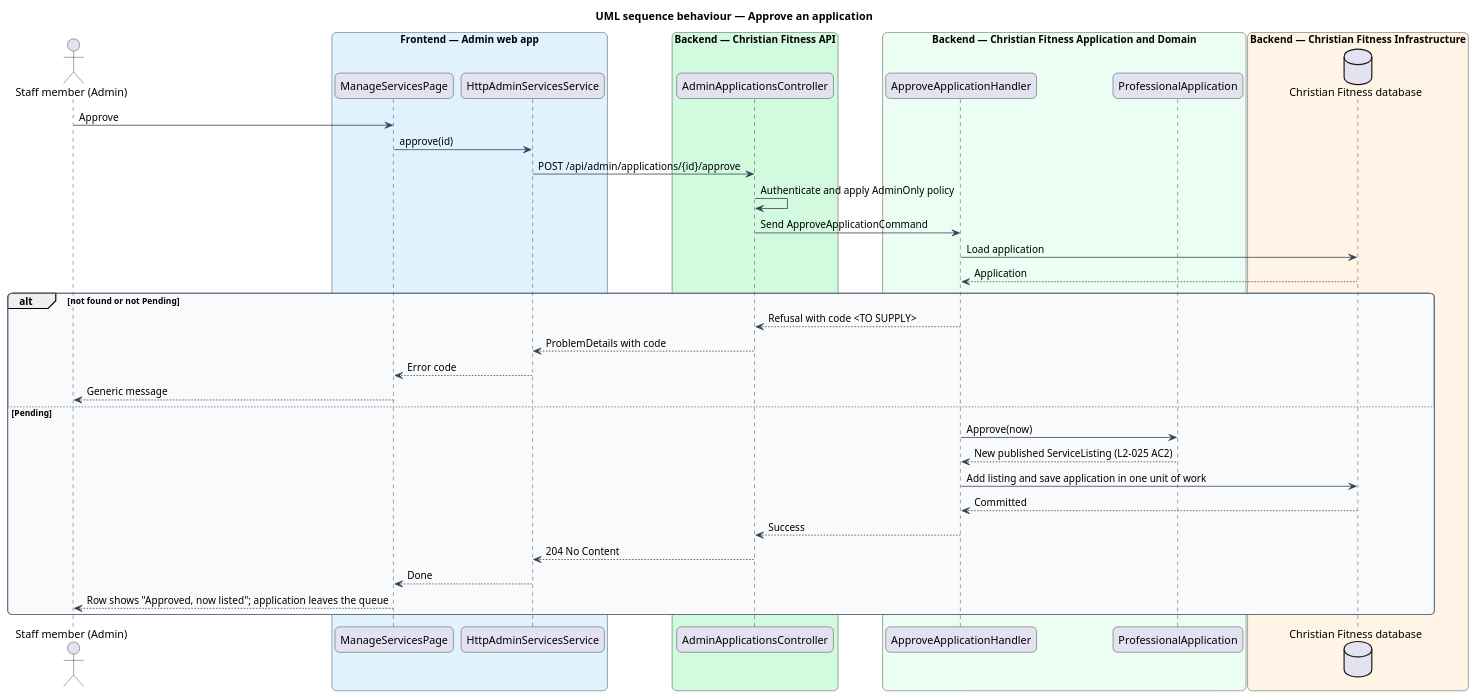
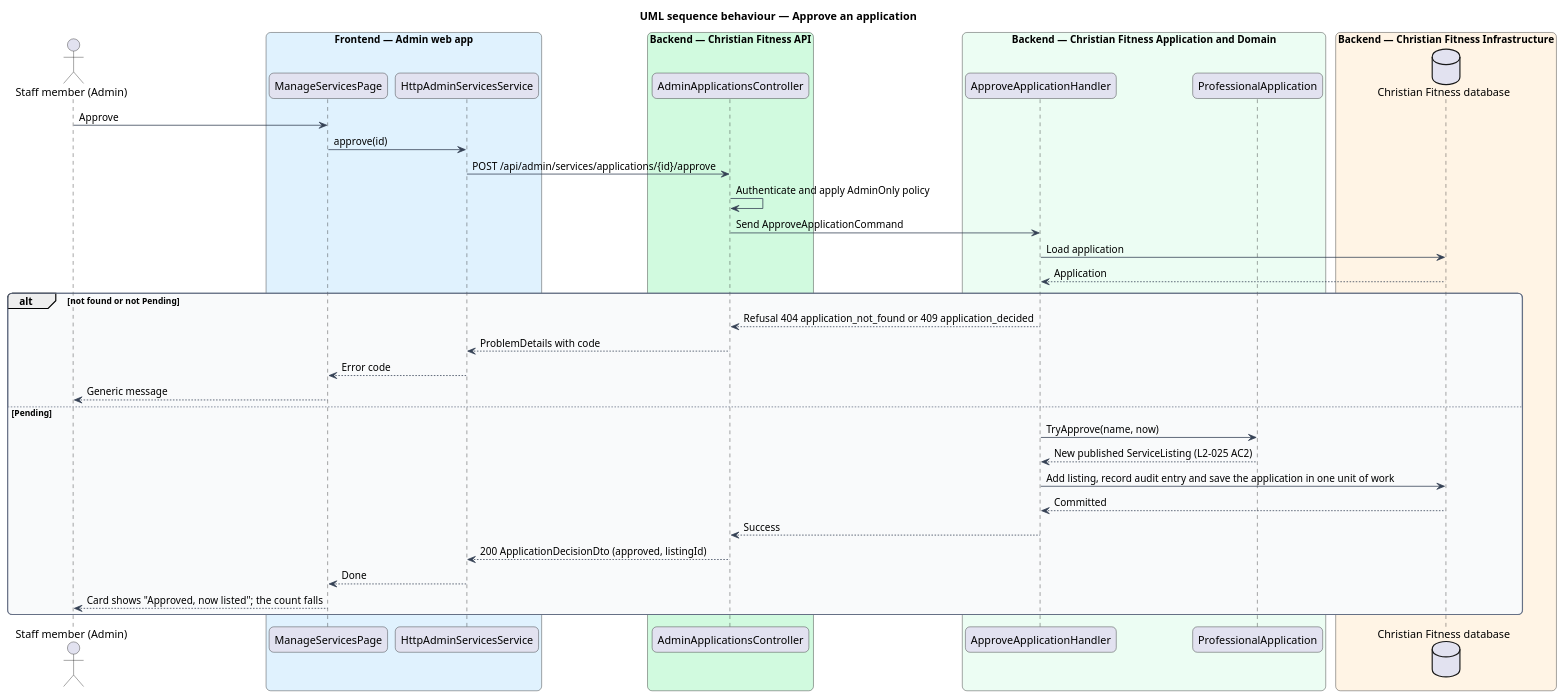
One commit to QuinntyneBrown/christian-fitness changed the diagram in docs/detailed-designs/admin-services/review-applications/diagrams/sequence-approve.puml. Above: the diagram before and after it, drawn with PlantUML. The commit also changed 61 other files, not shown here.

```diff
--- a/docs/detailed-designs/admin-services/review-applications/diagrams/sequence-approve.puml
+++ b/docs/detailed-designs/admin-services/review-applications/diagrams/sequence-approve.puml
@@ -1,54 +1,54 @@
 @startuml
 title UML sequence behaviour — Approve an application
 skinparam backgroundColor #FFFFFF
 skinparam shadowing false
 skinparam roundcorner 12
 skinparam defaultFontName Arial
 skinparam ArrowColor #344054
 skinparam rectangle {
   BorderColor #344054
   FontColor #101828
 }
 skinparam package {
   BorderColor #667085
   FontColor #101828
   BackgroundColor #F9FAFB
 }
 actor "Staff member (Admin)" as actor
 box "Frontend — Admin web app" #E0F2FE
   participant "ManageServicesPage" as page
   participant "HttpAdminServicesService" as client
 end box
 box "Backend — Christian Fitness API" #D1FADF
   participant "AdminApplicationsController" as ctrl
 end box
 box "Backend — Christian Fitness Application and Domain" #ECFDF3
   participant "ApproveApplicationHandler" as h
   participant "ProfessionalApplication" as ent
 end box
 box "Backend — Christian Fitness Infrastructure" #FFF4E5
   database "Christian Fitness database" as db
 end box
 actor -> page : Approve
 page -> client : approve(id)
-client -> ctrl : POST /api/admin/applications/{id}/approve
+client -> ctrl : POST /api/admin/services/applications/{id}/approve
 ctrl -> ctrl : Authenticate and apply AdminOnly policy
 ctrl -> h : Send ApproveApplicationCommand
 h -> db : Load application
 db --> h : Application
 alt not found or not Pending
-  h --> ctrl : Refusal with code <TO SUPPLY>
+  h --> ctrl : Refusal 404 application_not_found or 409 application_decided
   ctrl --> client : ProblemDetails with code
   client --> page : Error code
   page --> actor : Generic message
 else Pending
-  h -> ent : Approve(now)
+  h -> ent : TryApprove(name, now)
   ent --> h : New published ServiceListing (L2-025 AC2)
-  h -> db : Add listing and save application in one unit of work
+  h -> db : Add listing, record audit entry and save the application in one unit of work
   db --> h : Committed
   h --> ctrl : Success
-  ctrl --> client : 204 No Content
+  ctrl --> client : 200 ApplicationDecisionDto (approved, listingId)
   client --> page : Done
-  page --> actor : Row shows "Approved, now listed"; application leaves the queue
+  page --> actor : Card shows "Approved, now listed"; the count falls
 end
 @enduml
```
